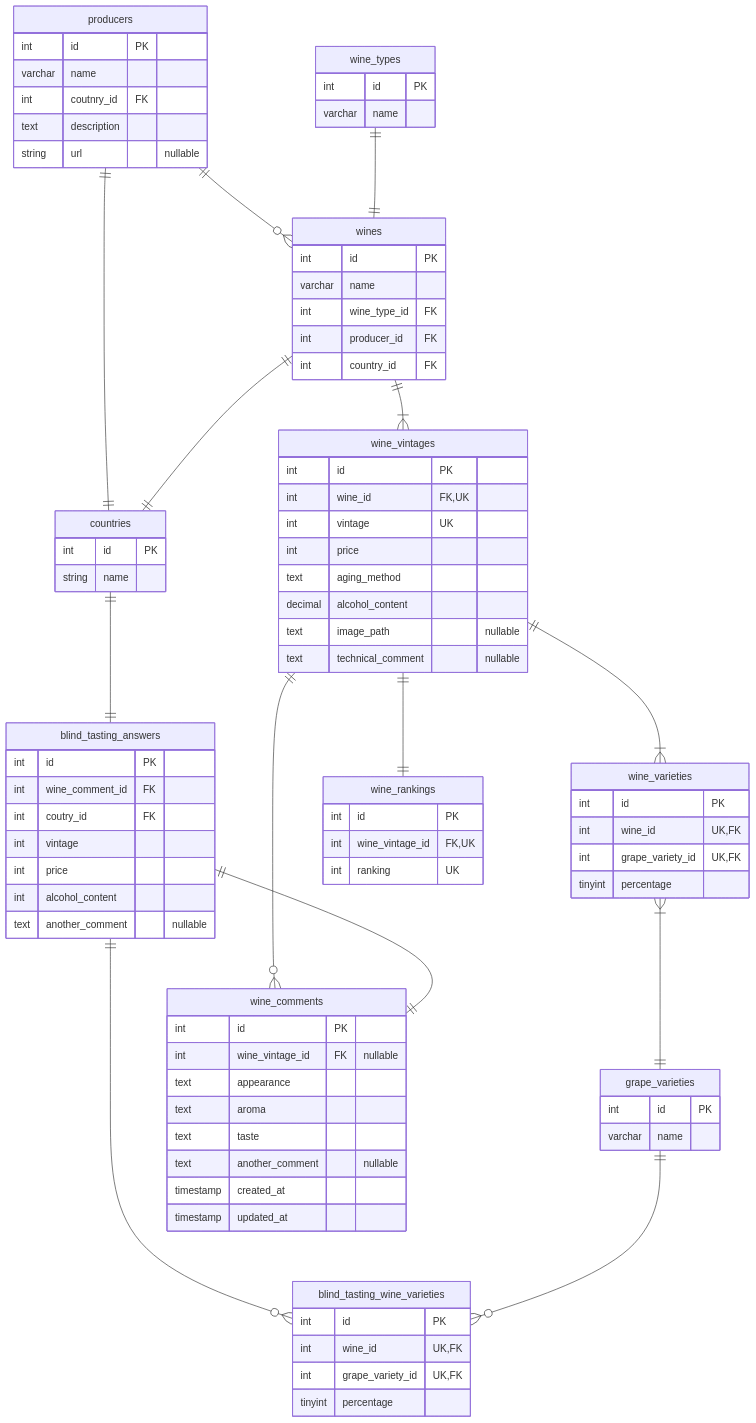
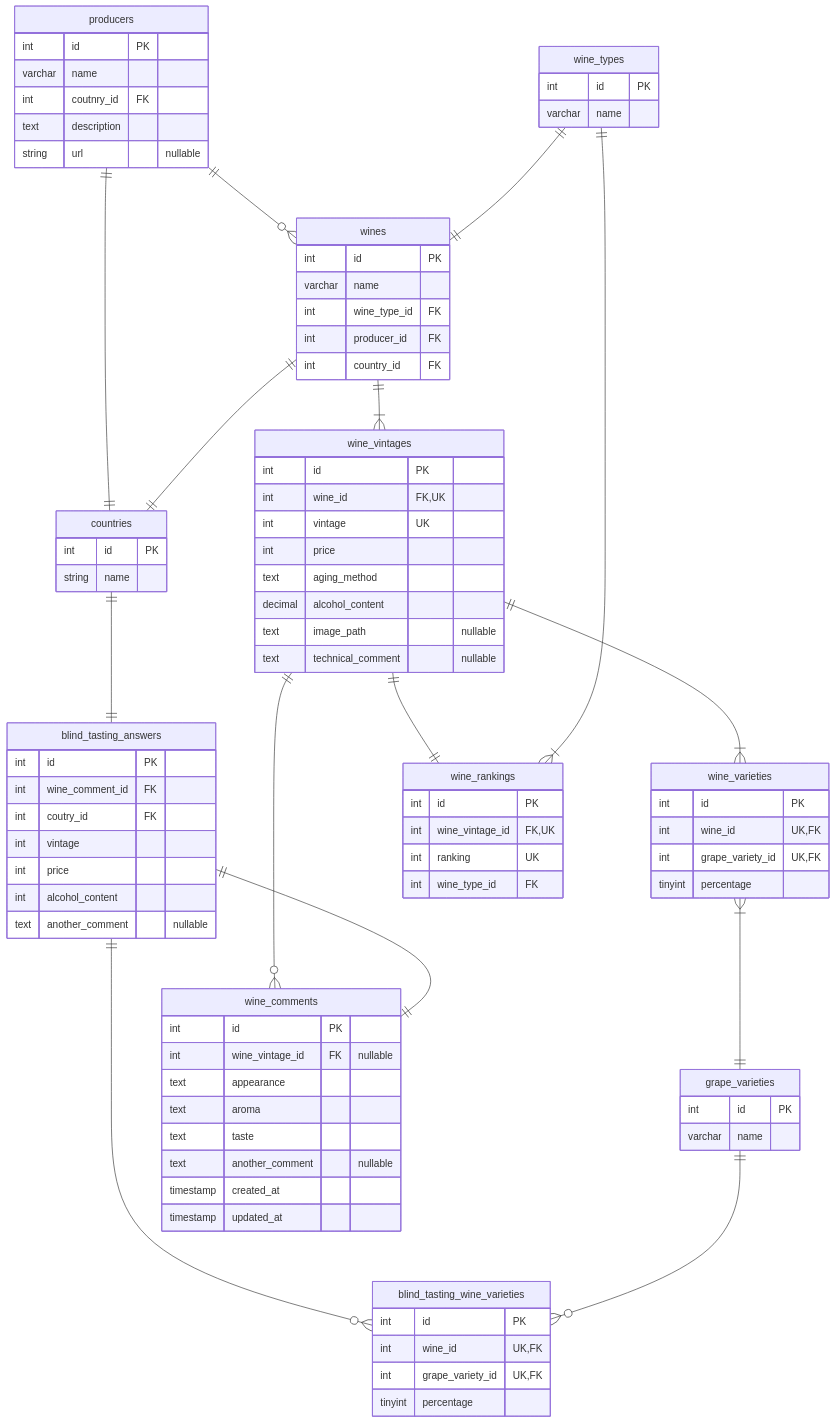
Before and after one commit to cork03/tastingNote: the diagram in api/architecture/er.md, drawn with Mermaid. The commit also changed 20 other files, not shown here.

````diff
--- a/api/architecture/er.md
+++ b/api/architecture/er.md
@@ -81,6 +81,7 @@
         int id PK
         int wine_vintage_id FK,UK
         int ranking UK
+        int wine_type_id FK
     }
     
     producers ||--o{ wines : ""
@@ -96,4 +97,5 @@
     blind_tasting_answers ||--o{ blind_tasting_wine_varieties : ""
     grape_varieties ||--o{ blind_tasting_wine_varieties : ""
     wine_vintages ||--|| wine_rankings : ""
+    wine_types ||--|{ wine_rankings : ""
 ```
````
